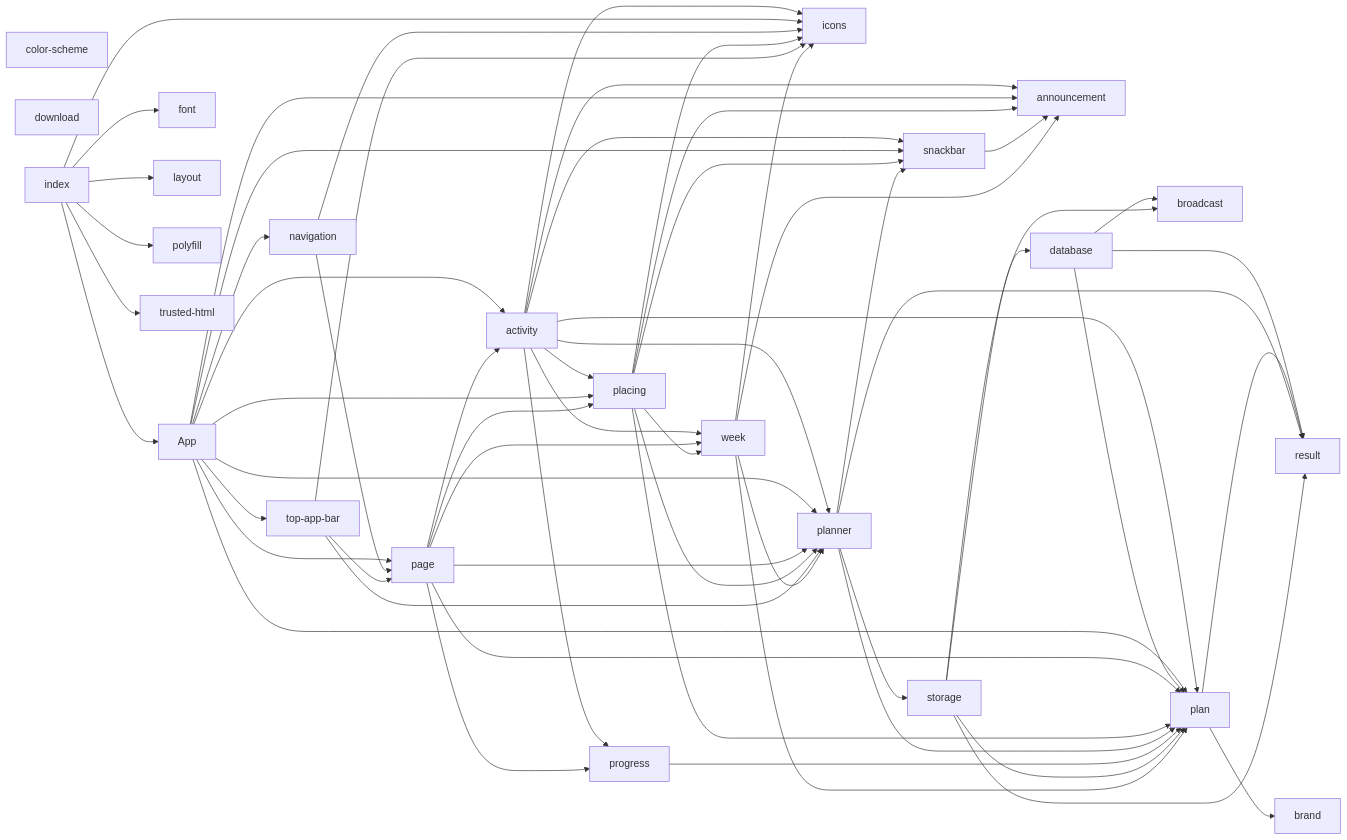
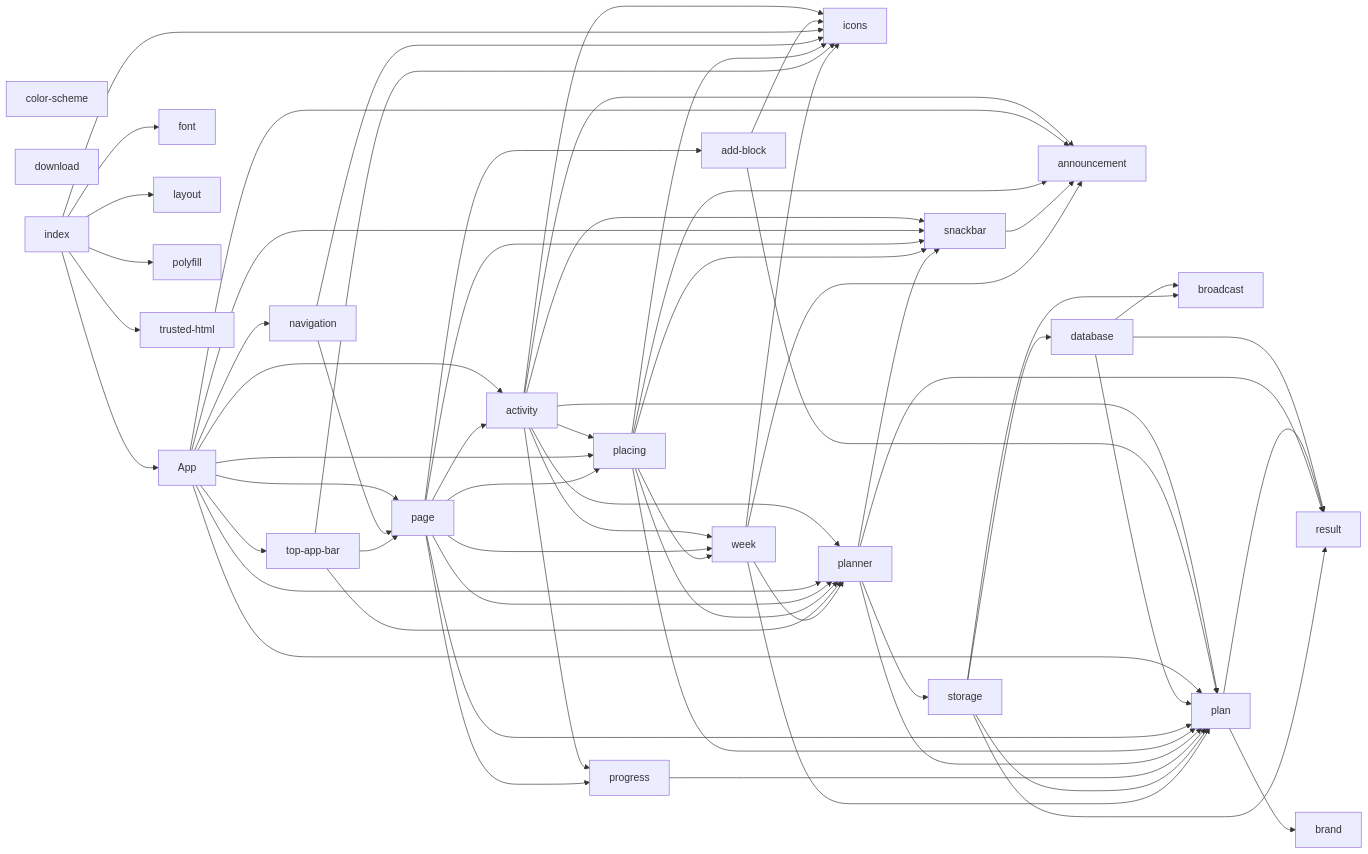
Before and after one commit to SantaClaas/week-budget-planner: the diagram in docs/MODULES.md, drawn with Mermaid. The commit also changed 17 other files, not shown here.

```diff
--- a/docs/MODULES.md
+++ b/docs/MODULES.md
@@ -10,6 +10,7 @@
 flowchart LR
   module_App["App"]
   module_activity["activity"]
+  module_add_block["add-block"]
   module_announcement["announcement"]
   module_brand["brand"]
   module_broadcast["broadcast"]
@@ -41,6 +42,8 @@
   module_activity --> module_progress
   module_activity --> module_snackbar
   module_activity --> module_week
+  module_add_block --> module_icons
+  module_add_block --> module_plan
   module_App --> module_activity
   module_App --> module_announcement
   module_App --> module_navigation
@@ -62,10 +65,12 @@
   module_navigation --> module_icons
   module_navigation --> module_page
   module_page --> module_activity
+  module_page --> module_add_block
   module_page --> module_placing
   module_page --> module_plan
   module_page --> module_planner
   module_page --> module_progress
+  module_page --> module_snackbar
   module_page --> module_week
   module_placing --> module_announcement
   module_placing --> module_icons
```
